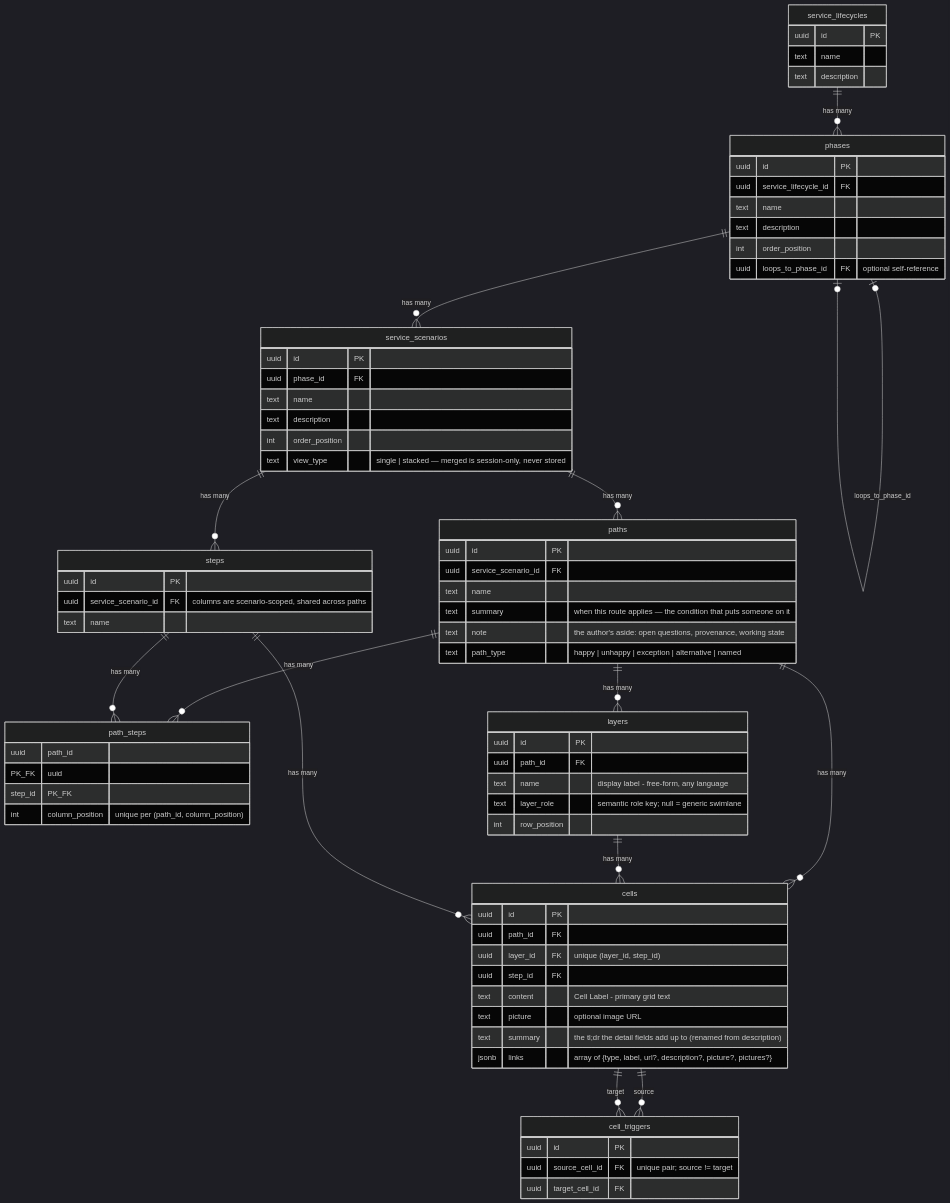
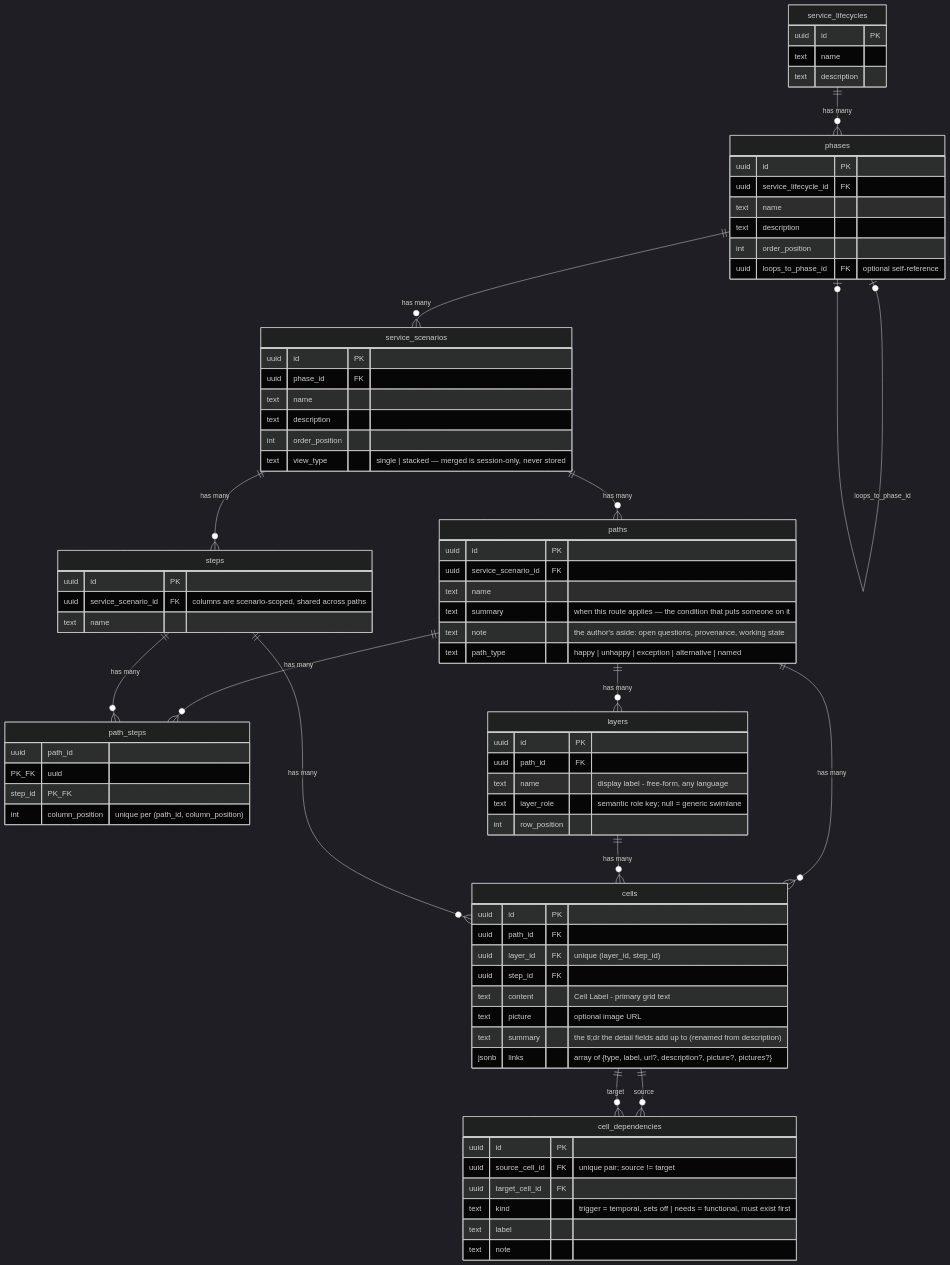
One commit to BilLogic/plus-uno-blueprint changed the diagram in src/lib/agent/skill/references/data-model.md. Above: the diagram before and after it, drawn with Mermaid (dark theme). The commit also changed other lines of this file and 70 other files, not shown here.

````diff
--- a/src/lib/agent/skill/references/data-model.md
+++ b/src/lib/agent/skill/references/data-model.md
@@ -33,26 +33,26 @@
 ```mermaid
 erDiagram
   service_lifecycles ||--o{ phases : "has many"
   phases ||--o{ service_scenarios : "has many"
   phases |o--o| phases : "loops_to_phase_id"
   service_scenarios ||--o{ paths : "has many"
   service_scenarios ||--o{ steps : "has many"
   paths ||--o{ path_steps : "has many"
   steps ||--o{ path_steps : "has many"
   paths ||--o{ layers : "has many"
   paths ||--o{ cells : "has many"
   layers ||--o{ cells : "has many"
   steps ||--o{ cells : "has many"
-  cells ||--o{ cell_triggers : "source"
-  cells ||--o{ cell_triggers : "target"
+  cells ||--o{ cell_dependencies : "source"
+  cells ||--o{ cell_dependencies : "target"
 
   service_lifecycles { uuid id PK  text name  text description }
   phases { uuid id PK  uuid service_lifecycle_id FK  text name  text description  int order_position  uuid loops_to_phase_id FK "optional self-reference" }
   service_scenarios { uuid id PK  uuid phase_id FK  text name  text description  int order_position  text view_type "single | stacked — merged is session-only, never stored" }
   paths { uuid id PK  uuid service_scenario_id FK  text name  text summary "when this route applies — the condition that puts someone on it"  text note "the author's aside: open questions, provenance, working state"  text path_type "happy | unhappy | exception | alternative | named" }
   steps { uuid id PK  uuid service_scenario_id FK "columns are scenario-scoped, shared across paths"  text name }
   path_steps { uuid path_id PK_FK  uuid step_id PK_FK  int column_position "unique per (path_id, column_position)" }
   layers { uuid id PK  uuid path_id FK  text name "display label - free-form, any language"  text layer_role "semantic role key; null = generic swimlane"  int row_position }
   cells { uuid id PK  uuid path_id FK  uuid layer_id FK "unique (layer_id, step_id)"  uuid step_id FK  text content "Cell Label - primary grid text"  text picture "optional image URL"  text summary "the tl;dr the detail fields add up to (renamed from description)"  jsonb links "array of {type, label, url?, description?, picture?, pictures?}" }
-  cell_triggers { uuid id PK  uuid source_cell_id FK "unique pair; source != target"  uuid target_cell_id FK }
+  cell_dependencies { uuid id PK  uuid source_cell_id FK "unique pair; source != target"  uuid target_cell_id FK  text kind "trigger = temporal, sets off | needs = functional, must exist first"  text label  text note }
 ```
````
